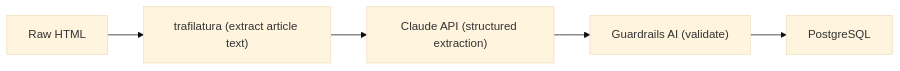
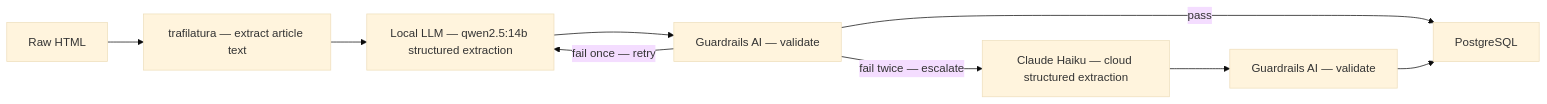
One commit to ktran0918/recipe-manager changed the diagram in docs/adr/004-llm-recipe-parsing.md. Above: the diagram before and after it, drawn with Mermaid (base theme). The commit also changed other lines of this file and 7 other files, not shown here.

````diff
--- a/docs/adr/004-llm-recipe-parsing.md
+++ b/docs/adr/004-llm-recipe-parsing.md
@@ -15,7 +15,11 @@
 ```mermaid
 flowchart LR
-    A["Raw HTML"] --> B["trafilatura (extract article text)"]
-    B --> C["Claude API (structured extraction)"]
-    C --> D["Guardrails AI (validate)"]
-    D --> E["PostgreSQL"]
+    A["Raw HTML"] --> B["trafilatura — extract article text"]
+    B --> C["Local LLM — qwen2.5:14b structured extraction"]
+    C --> D["Guardrails AI — validate"]
+    D -->|pass| E["PostgreSQL"]
+    D -->|fail once — retry| C
+    D -->|fail twice — escalate| F["Claude Haiku — cloud structured extraction"]
+    F --> G["Guardrails AI — validate"]
+    G --> E
 ```
````
